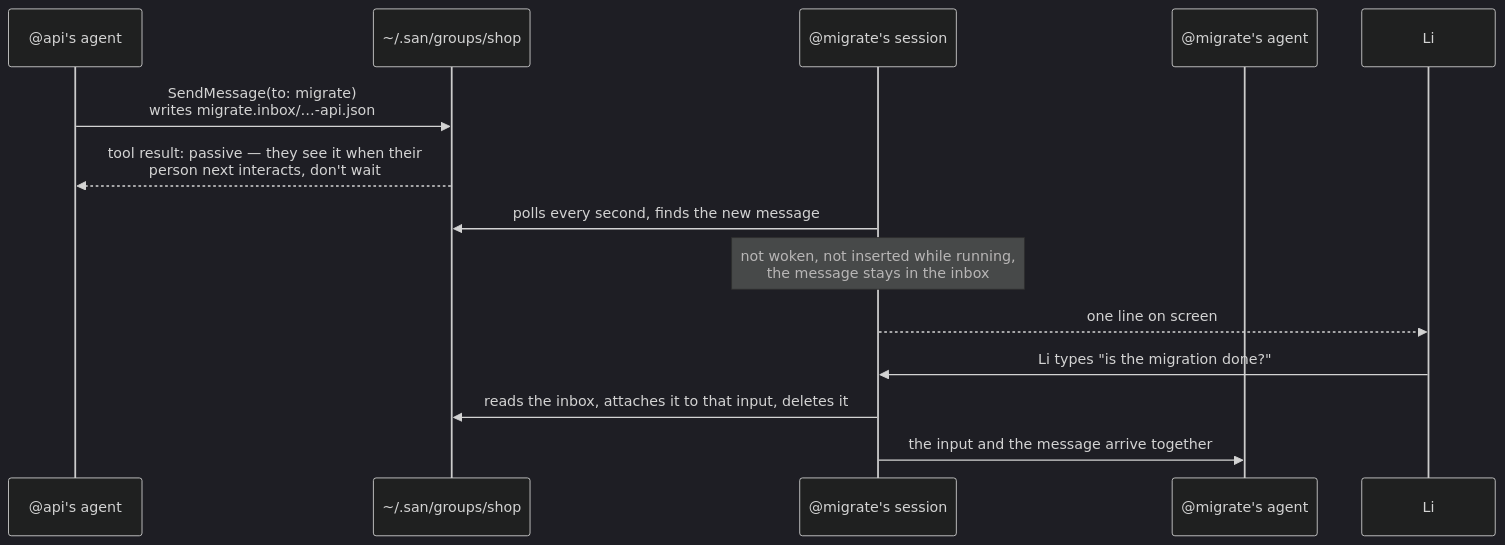
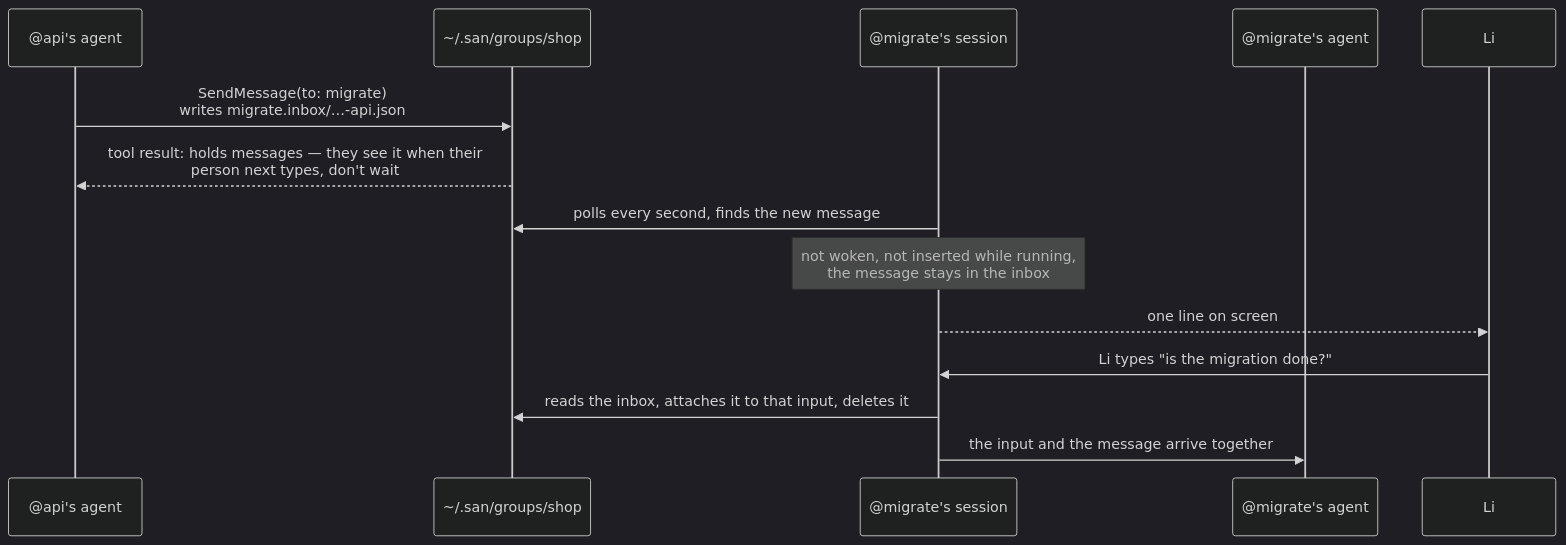
Before and after one commit to genai-io/san: the second of 5 diagrams in docs/design/proposals/0003-session-groups.md, drawn with Mermaid (dark theme). The commit also changed other lines of this file and 16 other files, not shown here.

````diff
--- a/docs/design/proposals/0003-session-groups.md
+++ b/docs/design/proposals/0003-session-groups.md
@@ -173,16 +178,16 @@
 ```mermaid
 sequenceDiagram
     participant A as @api's agent
     participant FS as ~/.san/groups/shop
     participant M as @migrate's session
     participant MA as @migrate's agent
     participant L as Li
     A->>FS: SendMessage(to: migrate)<br/>writes migrate.inbox/…-api.json
-    FS-->>A: tool result: passive — they see it when their<br/>person next interacts, don't wait
+    FS-->>A: tool result: holds messages — they see it when their<br/>person next types, don't wait
     M->>FS: polls every second, finds the new message
     Note over M: not woken, not inserted while running,<br/>the message stays in the inbox
     M-->>L: one line on screen
     L->>M: Li types "is the migration done?"
     M->>FS: reads the inbox, attaches it to that input, deletes it
     M->>MA: the input and the message arrive together
 ```
````
